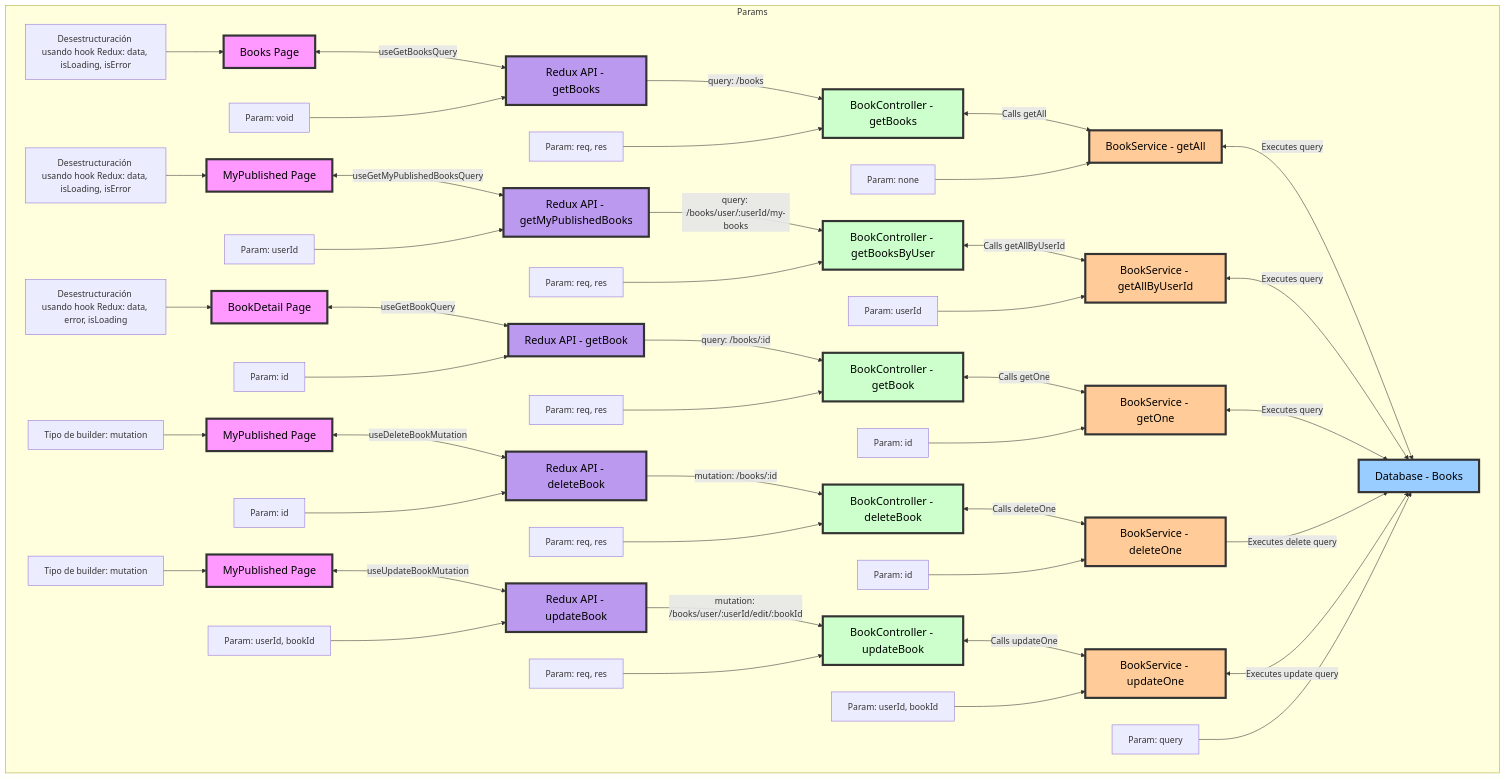
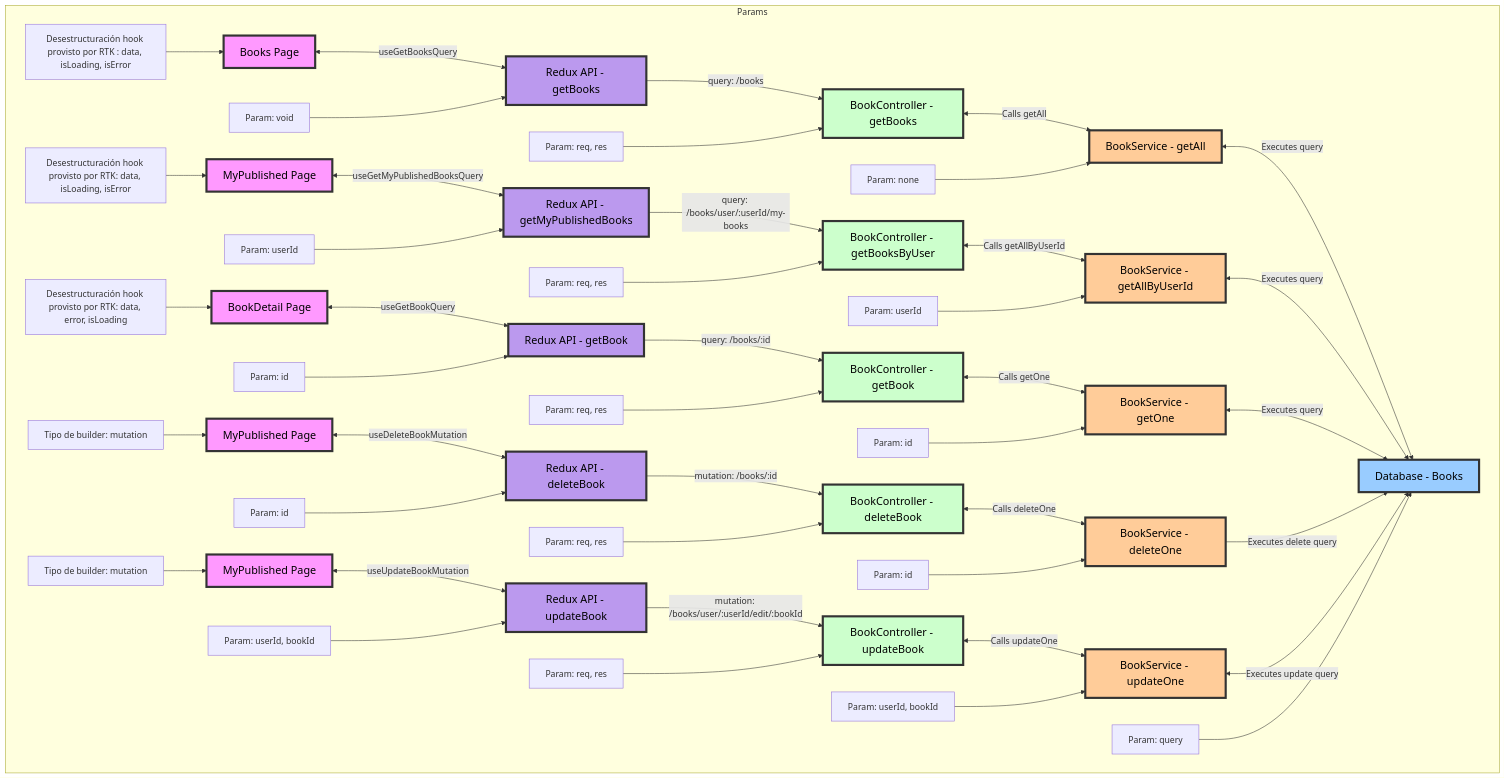
One commit to FernandoMoyano/EcoReaders changed the second of 2 diagrams in client/README.md. Above: the diagram before and after it, drawn with Mermaid.

Commit message:
modificando nombre de conexión

```diff
--- a/client/README.md
+++ b/client/README.md
@@ -123,17 +123,17 @@
 
     %% Detalles de los Props
     subgraph Params
-        A1[Desestructuración usando hook Redux: data, isLoading, isError] --> A
+        A1[Desestructuración hook provisto por RTK : data, isLoading, isError] --> A
         B1[Param: void] --> B
         C1[Param: req, res] --> C
         D1[Param: none] --> D
 
-        F1[Desestructuración usando hook Redux: data, isLoading, isError] --> F
+        F1[Desestructuración hook provisto por RTK: data, isLoading, isError] --> F
         G1[Param: userId] --> G
         H1[Param: req, res] --> H
         I1[Param: userId] --> I
 
-        J1[Desestructuración usando hook Redux: data, error, isLoading] --> J
+        J1[Desestructuración hook provisto por RTK: data, error, isLoading] --> J
         K1[Param: id] --> K
         L1[Param: req, res] --> L
         M1[Param: id] --> M
```
